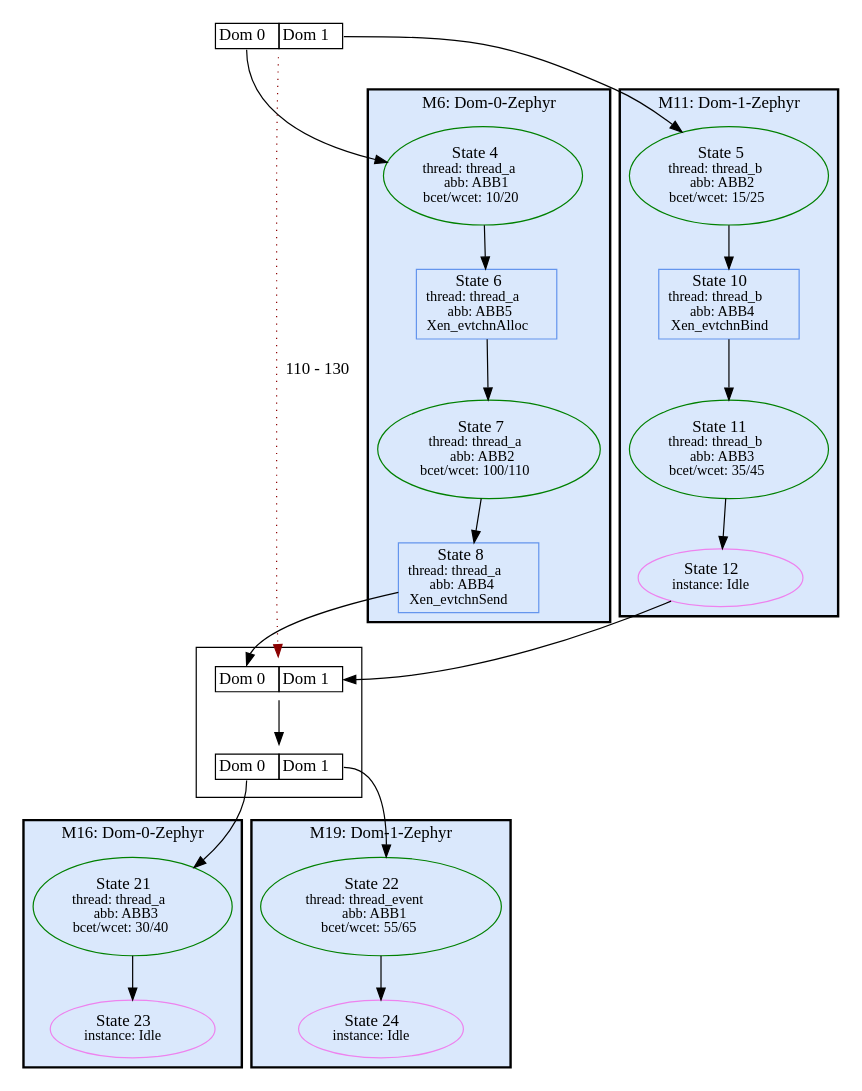
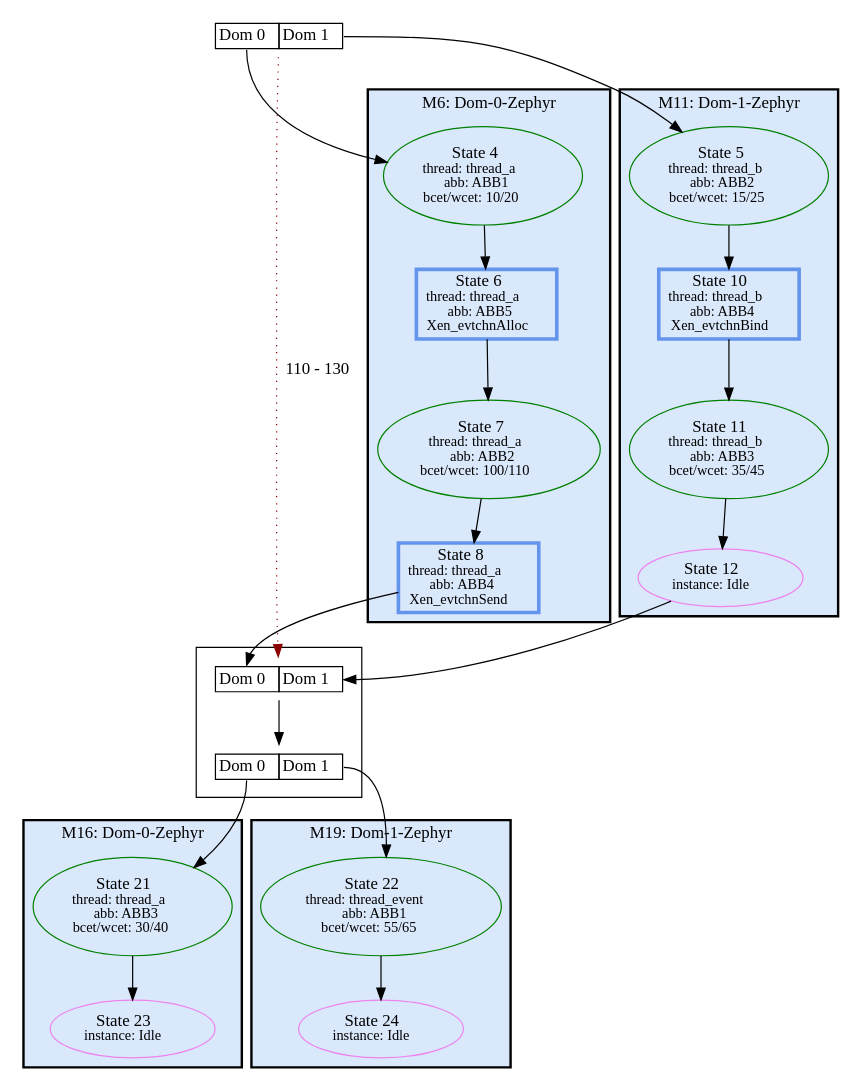
One commit to luhsra/ara changed the diagram in appl/Xen/hc-zephyr/HyperSSE.hc-zephyr.hstg.dot. Above: the diagram before and after it, drawn with Graphviz. The commit also changed 69 other files, not shown here.

Commit message:
Testsuite: migrate comparison graphs to new pydot version + different printer syntax (bold rect for hypercalls)

```diff
--- a/appl/Xen/hc-zephyr/HyperSSE.hc-zephyr.hstg.dot
+++ b/appl/Xen/hc-zephyr/HyperSSE.hc-zephyr.hstg.dot
@@ -1,62 +1,57 @@
 digraph G {
 label="";
 1 [label=<<TABLE BORDER="0" CELLBORDER="1" CELLSPACING="0"><TR><TD PORT="c0">Dom 0</TD><TD PORT="c1">Dom 1</TD></TR></TABLE>>, shape=plaintext, tooltip=1];
 subgraph cluster_6 {
+label="M6: Dom-0-Zephyr";
 bgcolor="#DAE8FC";
-label="M6: Dom-0-Zephyr";
 style=bold;
-2 [color=green, fontsize=14, label=<State 4<br/><font point-size='12'>thread: thread_a<br/>abb: ABB1<br/>bcet/wcet: 10/20</font>>, style=solid, tooltip=2];
-3 [color=cornflowerblue, fontsize=14, label=<State 6<br/><font point-size='12'>thread: thread_a<br/>abb: ABB5<br/>Xen_evtchnAlloc</font>>, shape=box, tooltip=3];
-4 [color=green, fontsize=14, label=<State 7<br/><font point-size='12'>thread: thread_a<br/>abb: ABB2<br/>bcet/wcet: 100/110</font>>, style=solid, tooltip=4];
-5 [color=cornflowerblue, fontsize=14, label=<State 8<br/><font point-size='12'>thread: thread_a<br/>abb: ABB4<br/>Xen_evtchnSend</font>>, shape=box, tooltip=5];
+2 [fontsize=14, label=<State 4<br/><font point-size='12'>thread: thread_a<br/>abb: ABB1<br/>bcet/wcet: 10/20</font>>, tooltip=2, style=solid, color=green];
+3 [fontsize=14, label=<State 6<br/><font point-size='12'>thread: thread_a<br/>abb: ABB5<br/>Xen_evtchnAlloc</font>>, tooltip=3, color=cornflowerblue, shape=box, penwidth=3];
+4 [fontsize=14, label=<State 7<br/><font point-size='12'>thread: thread_a<br/>abb: ABB2<br/>bcet/wcet: 100/110</font>>, tooltip=4, style=solid, color=green];
+5 [fontsize=14, label=<State 8<br/><font point-size='12'>thread: thread_a<br/>abb: ABB4<br/>Xen_evtchnSend</font>>, tooltip=5, color=cornflowerblue, shape=box, penwidth=3];
 }
-
 subgraph cluster_11 {
+label="M11: Dom-1-Zephyr";
 bgcolor="#DAE8FC";
-label="M11: Dom-1-Zephyr";
 style=bold;
-8 [color=cornflowerblue, fontsize=14, label=<State 10<br/><font point-size='12'>thread: thread_b<br/>abb: ABB4<br/>Xen_evtchnBind</font>>, shape=box, tooltip=8];
-9 [color=green, fontsize=14, label=<State 11<br/><font point-size='12'>thread: thread_b<br/>abb: ABB3<br/>bcet/wcet: 35/45</font>>, style=solid, tooltip=9];
-10 [color=violet, fontsize=14, label=<State 12<br/><font point-size='12'>instance: Idle</font>>, style=solid, tooltip=10];
-7 [color=green, fontsize=14, label=<State 5<br/><font point-size='12'>thread: thread_b<br/>abb: ABB2<br/>bcet/wcet: 15/25</font>>, style=solid, tooltip=7];
+8 [fontsize=14, label=<State 10<br/><font point-size='12'>thread: thread_b<br/>abb: ABB4<br/>Xen_evtchnBind</font>>, tooltip=8, color=cornflowerblue, shape=box, penwidth=3];
+9 [fontsize=14, label=<State 11<br/><font point-size='12'>thread: thread_b<br/>abb: ABB3<br/>bcet/wcet: 35/45</font>>, tooltip=9, style=solid, color=green];
+10 [fontsize=14, label=<State 12<br/><font point-size='12'>instance: Idle</font>>, tooltip=10, style=solid, color=violet];
+7 [fontsize=14, label=<State 5<br/><font point-size='12'>thread: thread_b<br/>abb: ABB2<br/>bcet/wcet: 15/25</font>>, tooltip=7, style=solid, color=green];
 }
-
 subgraph cluster_16 {
+label="M16: Dom-0-Zephyr";
 bgcolor="#DAE8FC";
-label="M16: Dom-0-Zephyr";
 style=bold;
-14 [color=green, fontsize=14, label=<State 21<br/><font point-size='12'>thread: thread_a<br/>abb: ABB3<br/>bcet/wcet: 30/40</font>>, style=solid, tooltip=14];
-15 [color=violet, fontsize=14, label=<State 23<br/><font point-size='12'>instance: Idle</font>>, style=solid, tooltip=15];
+14 [fontsize=14, label=<State 21<br/><font point-size='12'>thread: thread_a<br/>abb: ABB3<br/>bcet/wcet: 30/40</font>>, tooltip=14, style=solid, color=green];
+15 [fontsize=14, label=<State 23<br/><font point-size='12'>instance: Idle</font>>, tooltip=15, style=solid, color=violet];
 }
-
 subgraph cluster_19 {
+label="M19: Dom-1-Zephyr";
 bgcolor="#DAE8FC";
-label="M19: Dom-1-Zephyr";
 style=bold;
-17 [color=green, fontsize=14, label=<State 22<br/><font point-size='12'>thread: thread_event<br/>abb: ABB1<br/>bcet/wcet: 55/65</font>>, style=solid, tooltip=17];
-18 [color=violet, fontsize=14, label=<State 24<br/><font point-size='12'>instance: Idle</font>>, style=solid, tooltip=18];
+17 [fontsize=14, label=<State 22<br/><font point-size='12'>thread: thread_event<br/>abb: ABB1<br/>bcet/wcet: 55/65</font>>, tooltip=17, style=solid, color=green];
+18 [fontsize=14, label=<State 24<br/><font point-size='12'>instance: Idle</font>>, tooltip=18, style=solid, color=violet];
 }
-
 subgraph cluster_Metasync12 {
 label="";
 12 [label=<<TABLE BORDER="0" CELLBORDER="1" CELLSPACING="0"><TR><TD PORT="c0">Dom 0</TD><TD PORT="c1">Dom 1</TD></TR></TABLE>>, shape=plaintext, tooltip=12];
 13 [label=<<TABLE BORDER="0" CELLBORDER="1" CELLSPACING="0"><TR><TD PORT="c0">Dom 0</TD><TD PORT="c1">Dom 1</TD></TR></TABLE>>, shape=plaintext, tooltip=13];
 }
-
-1:c0 -> 2  [color=black];
-1:c1 -> 7  [color=black];
-1 -> 12  [color=darkred, label="110 - 130", style=dotted];
-2 -> 3  [color=black];
-3 -> 4  [color=black];
-4 -> 5  [color=black];
-5 -> 12:c0  [color=black];
-7 -> 8  [color=black];
-8 -> 9  [color=black];
-9 -> 10  [color=black];
-10 -> 12:c1  [color=black];
-12 -> 13  [color=black];
-13:c0 -> 14  [color=black];
-13:c1 -> 17  [color=black];
-14 -> 15  [color=black];
-17 -> 18  [color=black];
+1:c0 -> 2 [color=black];
+1:c1 -> 7 [color=black];
+1 -> 12 [color=darkred, style=dotted, label="110 - 130"];
+2 -> 3 [color=black];
+3 -> 4 [color=black];
+4 -> 5 [color=black];
+5 -> 12:c0 [color=black];
+7 -> 8 [color=black];
+8 -> 9 [color=black];
+9 -> 10 [color=black];
+10 -> 12:c1 [color=black];
+12 -> 13 [color=black];
+13:c0 -> 14 [color=black];
+13:c1 -> 17 [color=black];
+14 -> 15 [color=black];
+17 -> 18 [color=black];
 }
```
